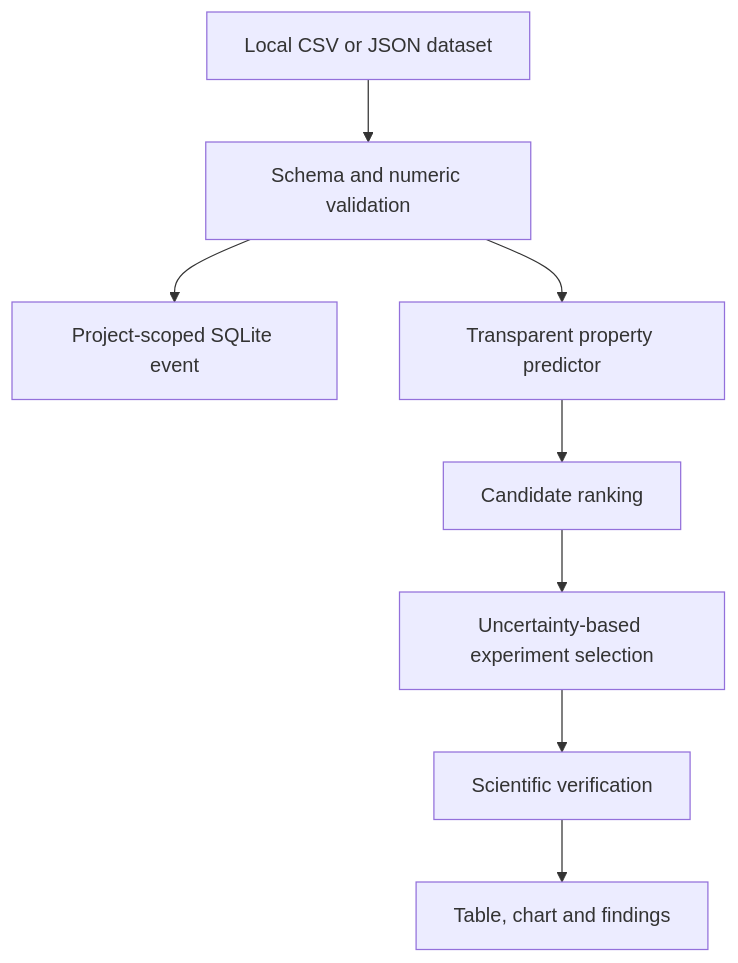
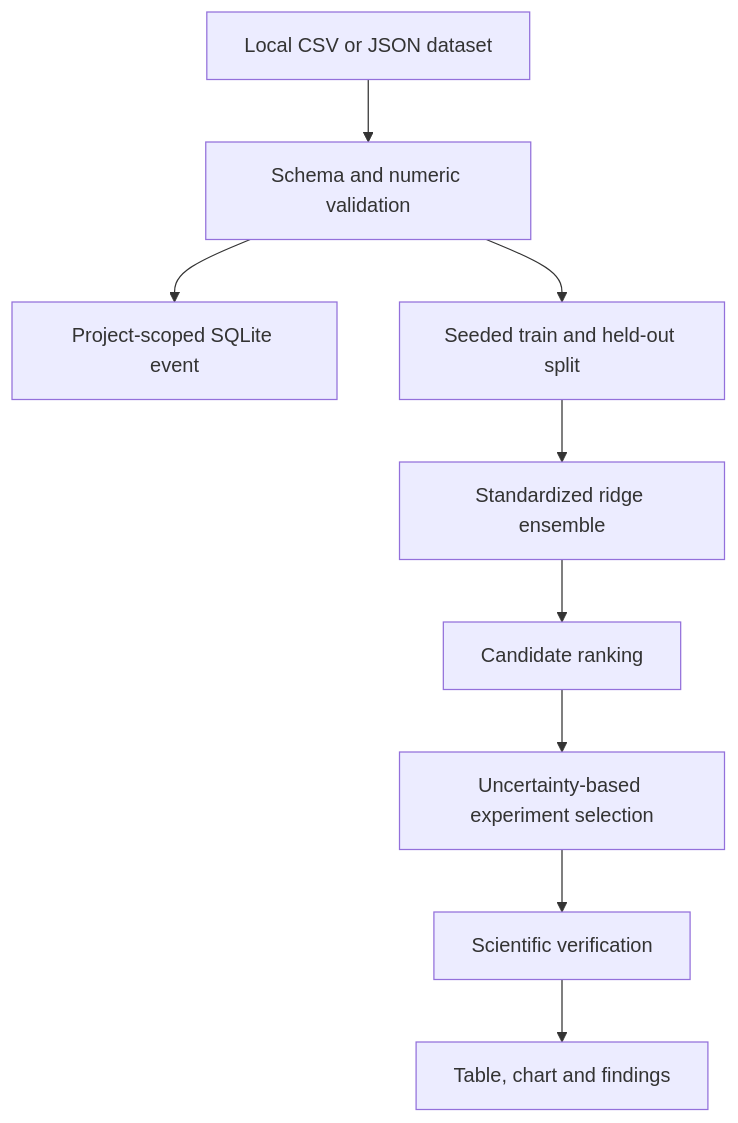
One commit to awais-akhtar/OpenAgent changed the first of 2 diagrams in docs/science/MATERIALS_DISCOVERY.md. Above: the diagram before and after it, drawn with Mermaid. The commit also changed other lines of this file and 93 other files, not shown here.

````diff
--- a/docs/science/MATERIALS_DISCOVERY.md
+++ b/docs/science/MATERIALS_DISCOVERY.md
@@ -9,10 +9,11 @@
 ```mermaid
 flowchart TD
   Upload[Local CSV or JSON dataset] --> Validate[Schema and numeric validation]
   Validate --> Store[Project-scoped SQLite event]
-  Validate --> Model[Transparent property predictor]
+  Validate --> Split[Seeded train and held-out split]
+  Split --> Model[Standardized ridge ensemble]
   Model --> Rank[Candidate ranking]
   Rank --> Active[Uncertainty-based experiment selection]
   Active --> Verify[Scientific verification]
   Verify --> Views[Table, chart and findings]
 ```
````
